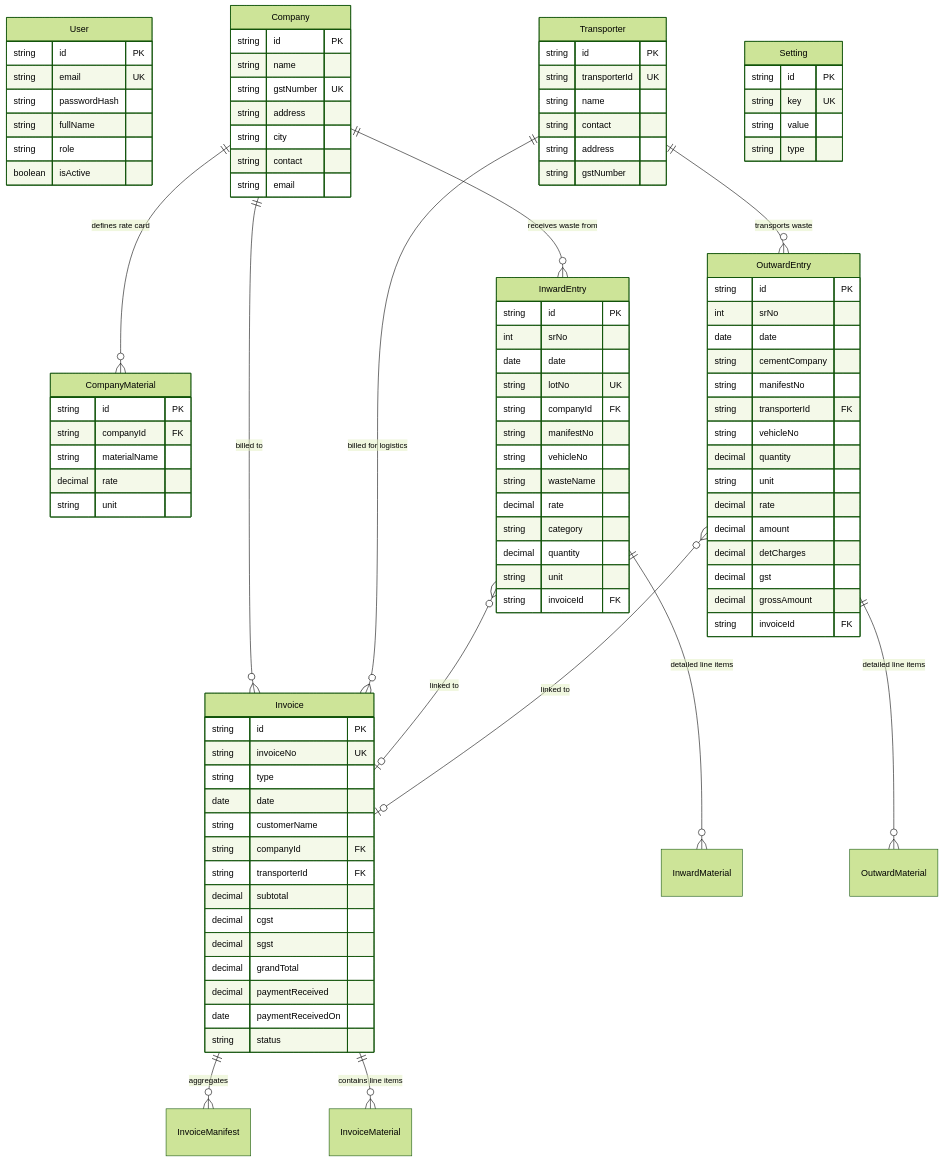
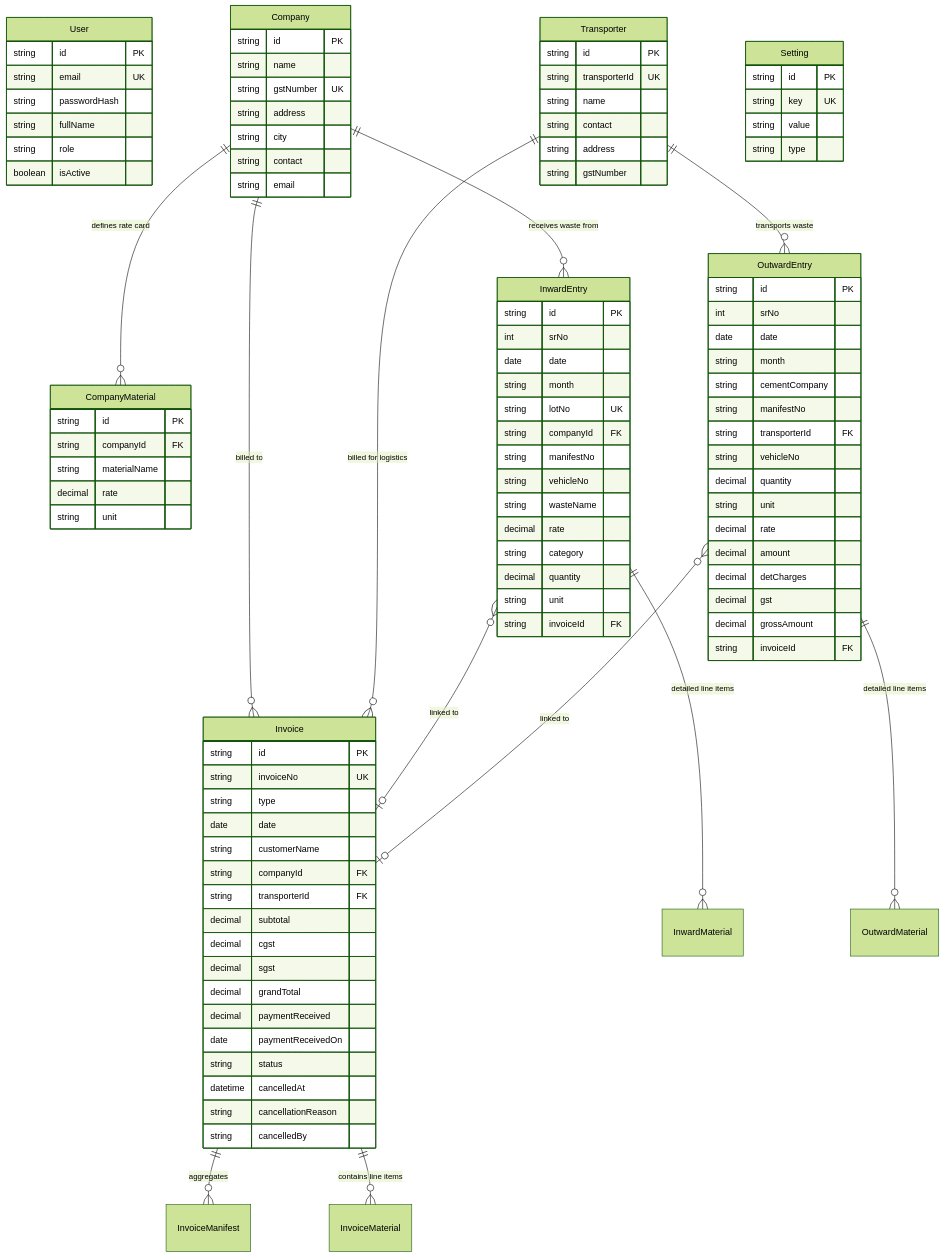
One commit to tarunatech/GHMC changed the second of 7 diagrams in PROJECT_DOCUMENTATION.md. Above: the diagram before and after it, drawn with Mermaid (forest theme). The commit also changed other lines of this file, not shown here.

```diff
--- a/PROJECT_DOCUMENTATION.md
+++ b/PROJECT_DOCUMENTATION.md
@@ -135,6 +142,7 @@
         string id PK
         int srNo
         date date
+        string month
         string lotNo UK
         string companyId FK
         string manifestNo
@@ -154,6 +162,7 @@
         string id PK
         int srNo
         date date
+        string month
         string cementCompany
         string manifestNo
         string transporterId FK
@@ -186,6 +195,9 @@
         decimal paymentReceived
         date paymentReceivedOn
         string status
+        datetime cancelledAt
+        string cancellationReason
+        string cancelledBy
     }
 
     Setting {
```
